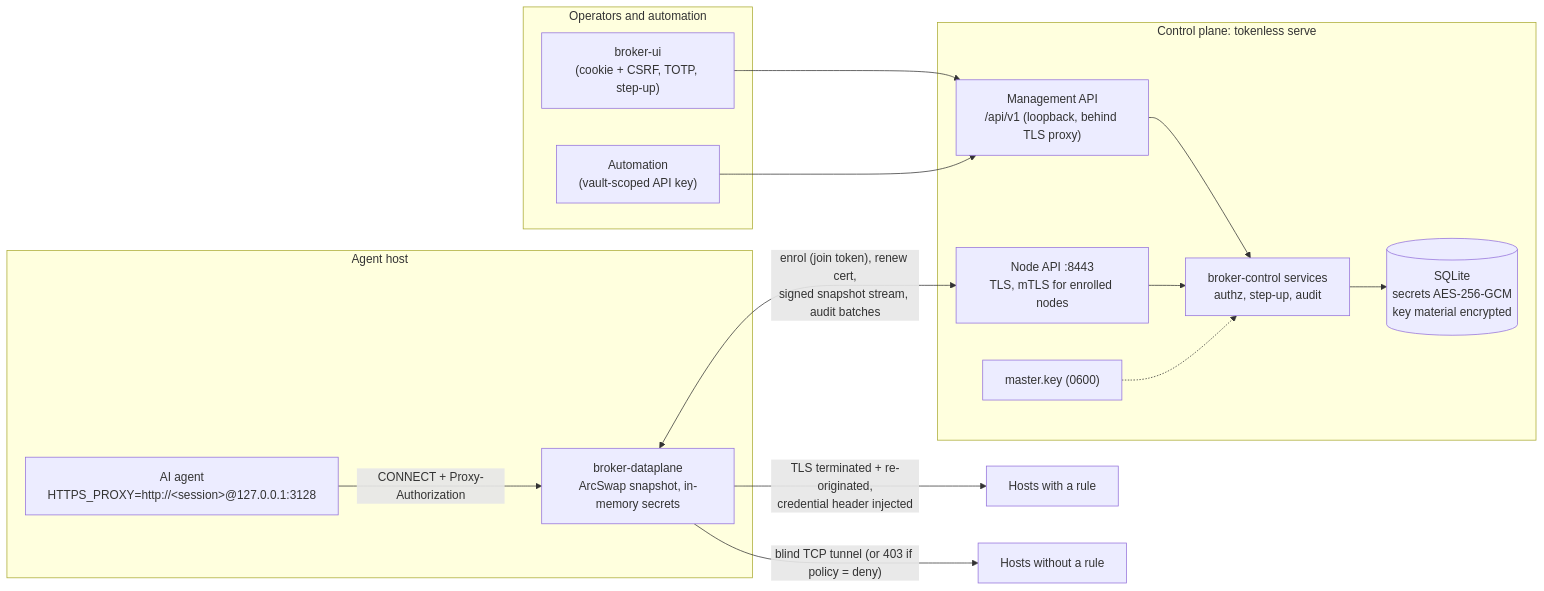
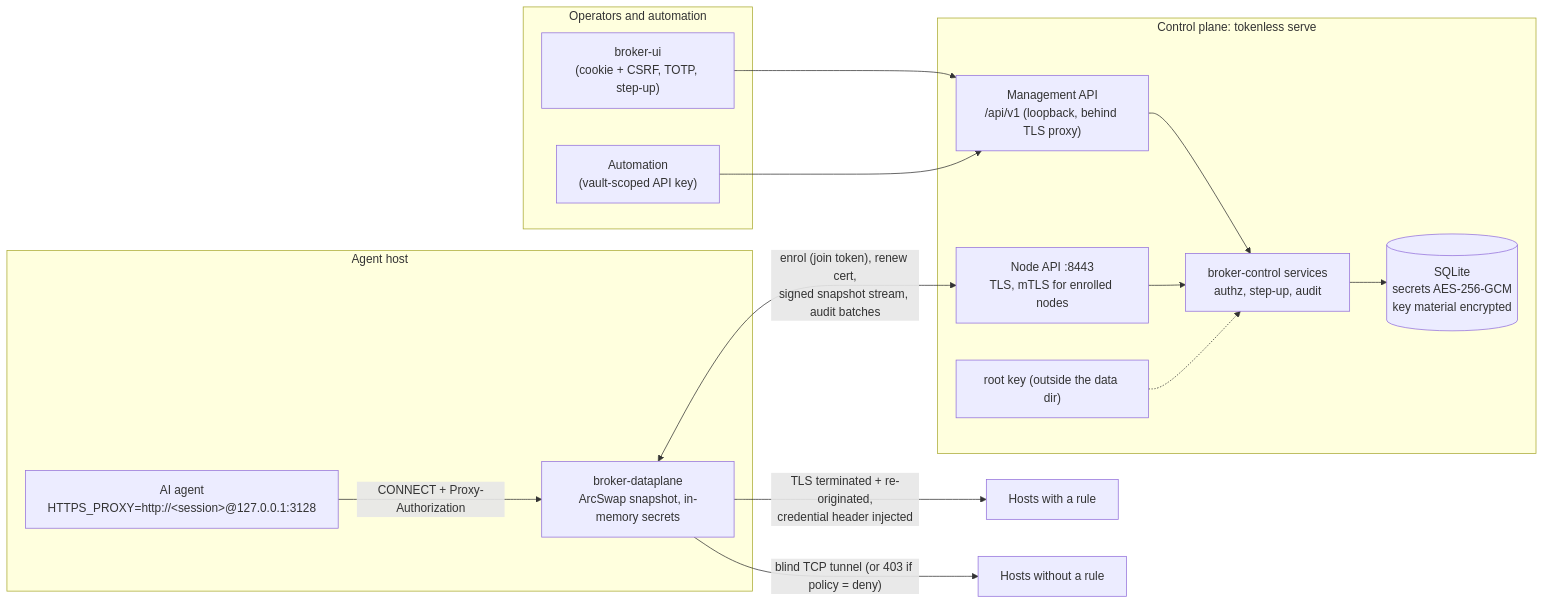
One commit to gotempsh/tokenless changed the first of 3 diagrams in docs/adr/0001-architecture.md. Above: the diagram before and after it, drawn with Mermaid. The commit also changed other lines of this file and 27 other files, not shown here.

First line of the commit message:
feat(keys): encrypt secrets under a root key kept outside the database

````diff
--- a/docs/adr/0001-architecture.md
+++ b/docs/adr/0001-architecture.md
@@ -47,31 +47,31 @@
 ```mermaid
 flowchart LR
   subgraph People["Operators and automation"]
     UI["broker-ui<br/>(cookie + CSRF, TOTP, step-up)"]
     CI["Automation<br/>(vault-scoped API key)"]
   end
 
   subgraph CP["Control plane: tokenless serve"]
     API["Management API<br/>/api/v1 (loopback, behind TLS proxy)"]
     NAPI["Node API :8443<br/>TLS, mTLS for enrolled nodes"]
     SVC["broker-control services<br/>authz, step-up, audit"]
     DB[("SQLite<br/>secrets AES-256-GCM<br/>key material encrypted")]
-    MK["master.key (0600)"]
+    MK["root key (outside the data dir)"]
     API --> SVC
     NAPI --> SVC
     SVC --> DB
     MK -.-> SVC
   end
 
   subgraph AgentHost["Agent host"]
     Agent["AI agent<br/>HTTPS_PROXY=http://&lt;session&gt;@127.0.0.1:3128"]
     DP["broker-dataplane<br/>ArcSwap snapshot, in-memory secrets"]
     Agent -->|CONNECT + Proxy-Authorization| DP
   end
 
   UI --> API
   CI --> API
   DP <-->|"enrol (join token), renew cert,<br/>signed snapshot stream, audit batches"| NAPI
   DP -->|"TLS terminated + re-originated,<br/>credential header injected"| Ruled["Hosts with a rule"]
   DP -->|"blind TCP tunnel (or 403 if policy = deny)"| Other["Hosts without a rule"]
 ```
````
